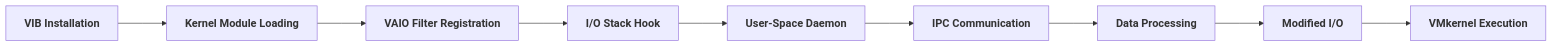
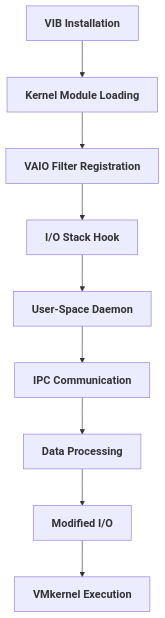
The fourth of 5 diagrams in _posts/2025-10-25-ESXi-Hypervisor-level-Attacks-and-Techniques.md (win64k/win64k.github.io), drawn with Mermaid before and after one commit.

````diff
--- a/_posts/2025-10-25-ESXi-Hypervisor-level-Attacks-and-Techniques.md
+++ b/_posts/2025-10-25-ESXi-Hypervisor-level-Attacks-and-Techniques.md
@@ -144,27 +144,20 @@
 ```mermaid
-flowchart LR
-    %% Nodes
+%%{init: {"flowchart": {"curve": "linear", "nodeSpacing": 80, "rankSpacing": 60}}}%%
+flowchart TD
     A["VIB Installation"]
     B["Kernel Module Loading"]
     C["VAIO Filter Registration"]
     D["I/O Stack Hook"]
     E["User-Space Daemon"]
     F["IPC Communication"]
     G["Data Processing"]
     H["Modified I/O"]
     I["VMkernel Execution"]
 
-    %% Flow
     A --> B --> C --> D --> E --> F --> G --> H --> I
 
-    %% Larger text and spacing
     classDef largeText font-size:18px,font-weight:bold;
     class A,B,C,D,E,F,G,H,I largeText;
 
-    %% Add general spacing for readability
-    %% Adjust node spacing using Mermaid config
-    %% This line is *safe* and supported in Mermaid v10+
-    %% You can embed this in your Markdown processor if supported:
-    %% %%{init: {"flowchart": {"curve": "linear", "nodeSpacing": 100, "rankSpacing": 80}}}%%
 
 ```
````
